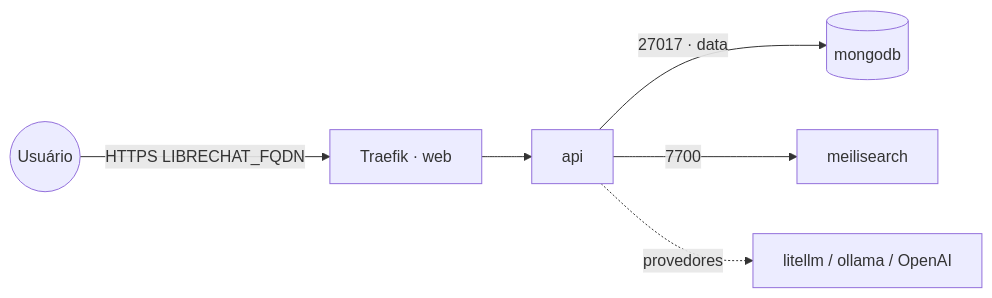
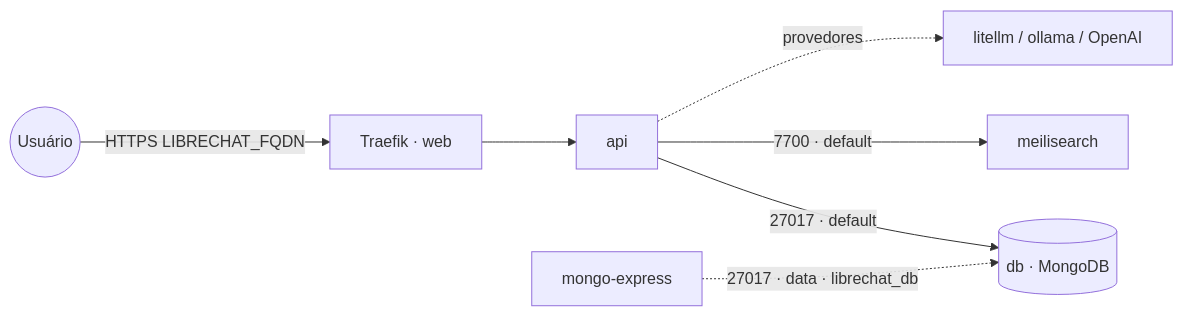
Before and after one commit to marcelofmatos/portainer-stacks: the diagram in librechat/README.md, drawn with Mermaid. The commit also changed other lines of this file and 23 other files, not shown here.

````diff
--- a/librechat/README.md
+++ b/librechat/README.md
@@ -15,8 +18,9 @@
 ```mermaid
 flowchart LR
     user((Usuário)) -->|HTTPS LIBRECHAT_FQDN| traefik[Traefik · web]
     traefik --> api[api]
-    api -->|27017 · data| mongo[(mongodb)]
-    api -->|7700| meili[meilisearch]
+    api -->|27017 · default| db[(db · MongoDB)]
+    api -->|7700 · default| meili[meilisearch]
+    me[mongo-express] -.->|27017 · data · librechat_db| db
     api -.->|provedores| llm[litellm / ollama / OpenAI]
 ```
````
